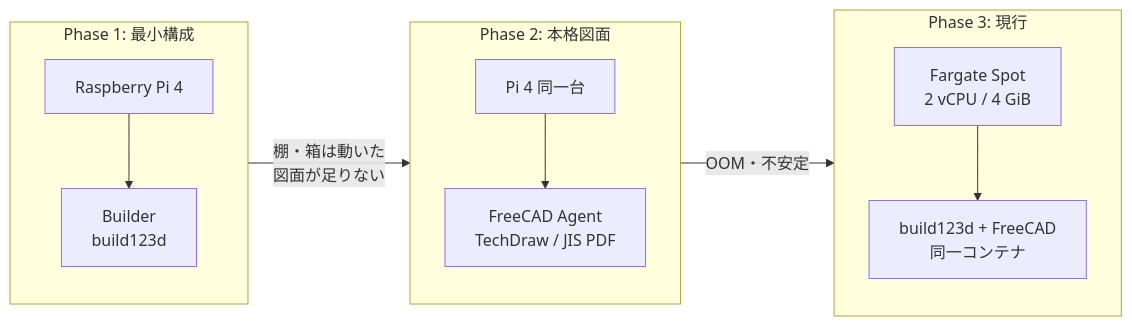
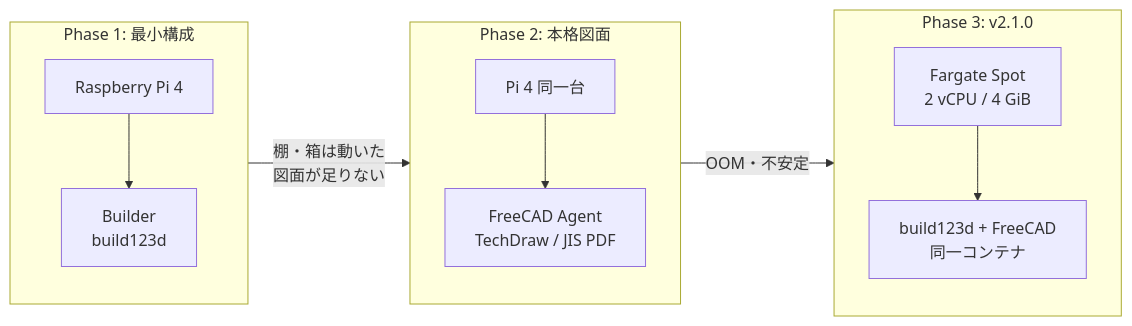
Before and after one commit to usudonsdev/microgit-test: the first of 4 diagrams in articles/article-zenn-diy-cad-aws-architecture.md, drawn with Mermaid. The commit also changed other lines of this file and 4 other files, not shown here.

````diff
--- a/articles/article-zenn-diy-cad-aws-architecture.md
+++ b/articles/article-zenn-diy-cad-aws-architecture.md
@@ -30,23 +30,23 @@
 ```mermaid
 flowchart LR
     subgraph P1["Phase 1: 最小構成"]
         Pi1[Raspberry Pi 4]
         BLD[Builder<br/>build123d]
         Pi1 --> BLD
     end
 
     subgraph P2["Phase 2: 本格図面"]
         Pi2[Pi 4 同一台]
         FC[FreeCAD Agent<br/>TechDraw / JIS PDF]
         Pi2 --> FC
     end
 
-    subgraph P3["Phase 3: 現行"]
+    subgraph P3["Phase 3: v2.1.0"]
         ECS[Fargate Spot<br/>2 vCPU / 4 GiB]
         BLD2[build123d + FreeCAD<br/>同一コンテナ]
         ECS --> BLD2
     end
 
     P1 -->|棚・箱は動いた<br/>図面が足りない| P2
     P2 -->|OOM・不安定| P3
 ```
````
